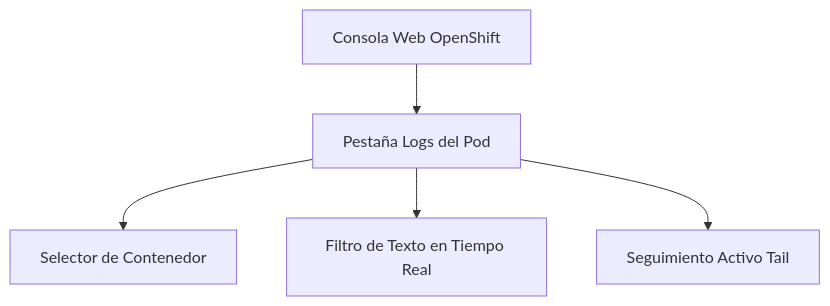
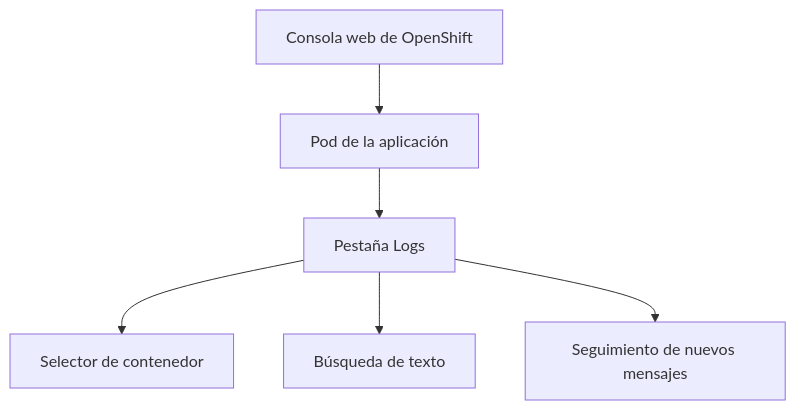
The second of 4 diagrams in docs/sesion3/3.4 Logs.md (ieftraining/curso-openshift), drawn with Mermaid before and after one commit. The commit also changed other lines of this file, not shown here.

````diff
--- a/docs/sesion3/3.4 Logs.md
+++ b/docs/sesion3/3.4 Logs.md
@@ -65,7 +153,8 @@
 ```mermaid
 flowchart TD
-    A[Consola Web OpenShift] --> B[Pestaña Logs del Pod]
-    B --> C[Selector de Contenedor]
-    B --> D[Filtro de Texto en Tiempo Real]
-    B --> E[Seguimiento Activo Tail]
+    A[Consola web de OpenShift] --> B[Pod de la aplicación]
+    B --> C[Pestaña Logs]
+    C --> D[Selector de contenedor]
+    C --> E[Búsqueda de texto]
+    C --> F[Seguimiento de nuevos mensajes]
 ```
````
